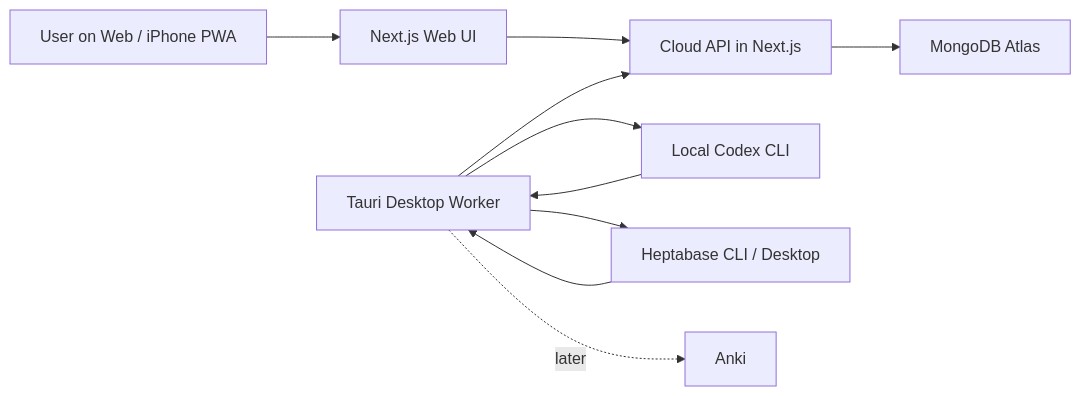
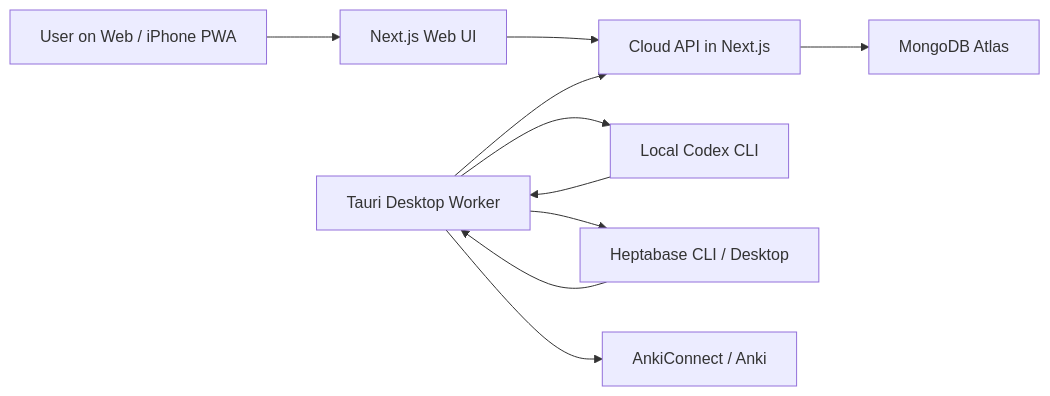
The diagram in docs/architecture.md (gino001655/Capture), drawn with Mermaid before and after one commit. The commit also changed other lines of this file and 56 other files, not shown here.

````diff
--- a/docs/architecture.md
+++ b/docs/architecture.md
@@ -9,12 +9,12 @@
 ```mermaid
 flowchart LR
     U["User on Web / iPhone PWA"] --> W["Next.js Web UI"]
     W --> A["Cloud API in Next.js"]
     D["Tauri Desktop Worker"] --> A
     A --> M["MongoDB Atlas"]
     D --> C["Local Codex CLI"]
     C --> D
     D --> H["Heptabase CLI / Desktop"]
     H --> D
-    D -. "later" .-> K["Anki"]
+    D --> K["AnkiConnect / Anki"]
 ```
````
